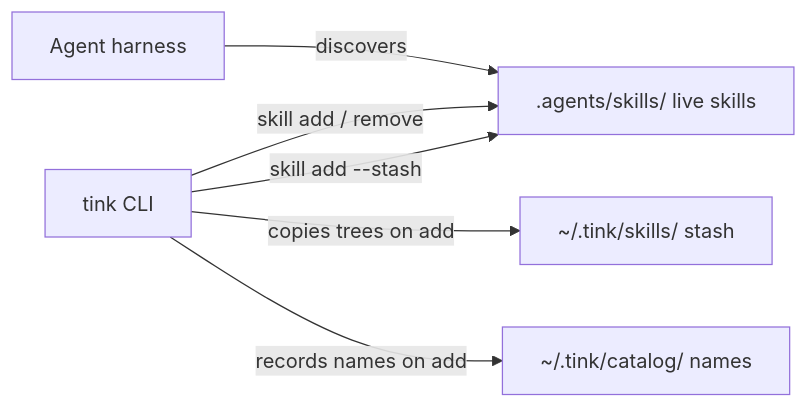
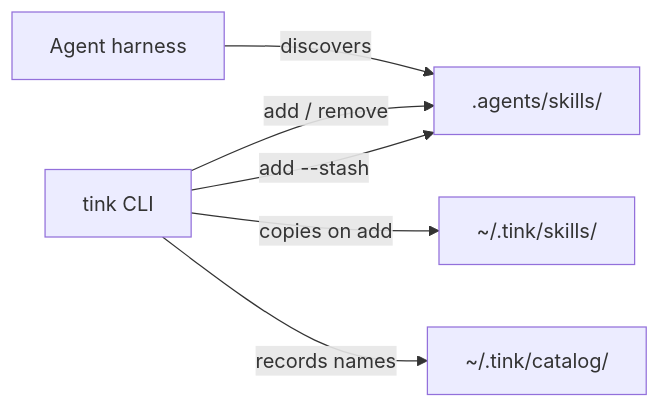
One commit to jon-devlapaz/tink changed the diagram in README.md. Above: the diagram before and after it, drawn with Mermaid. The commit also changed other lines of this file, not shown here.

````diff
--- a/README.md
+++ b/README.md
@@ -128,14 +60,14 @@
 ```mermaid
 flowchart LR
   agent["Agent harness"]
   tink["tink CLI"]
-  live[".agents/skills/ live skills"]
-  stash["~/.tink/skills/ stash"]
-  catalog["~/.tink/catalog/ names"]
+  live[".agents/skills/"]
+  stash["~/.tink/skills/"]
+  catalog["~/.tink/catalog/"]
 
   agent -->|"discovers"| live
-  tink -->|"skill add / remove"| live
-  tink -->|"copies trees on add"| stash
-  tink -->|"records names on add"| catalog
-  tink -->|"skill add --stash"| live
+  tink -->|"add / remove"| live
+  tink -->|"copies on add"| stash
+  tink -->|"records names"| catalog
+  tink -->|"add --stash"| live
 ```
````
